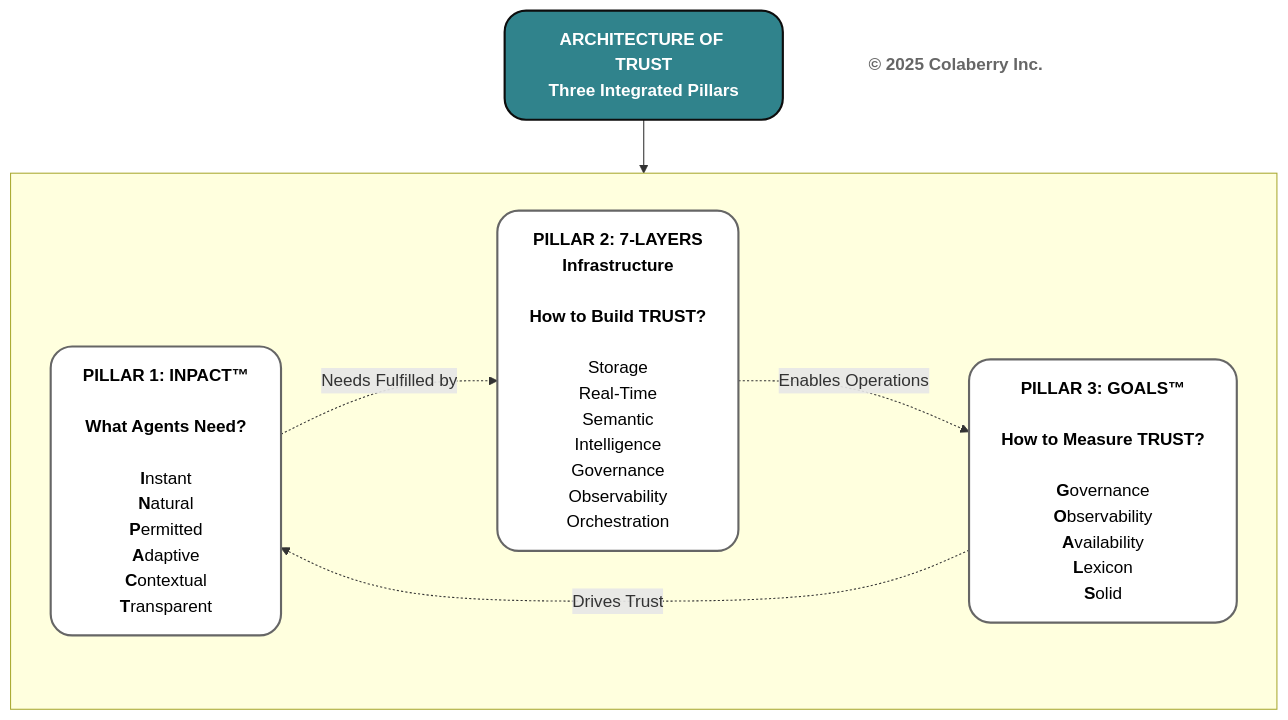
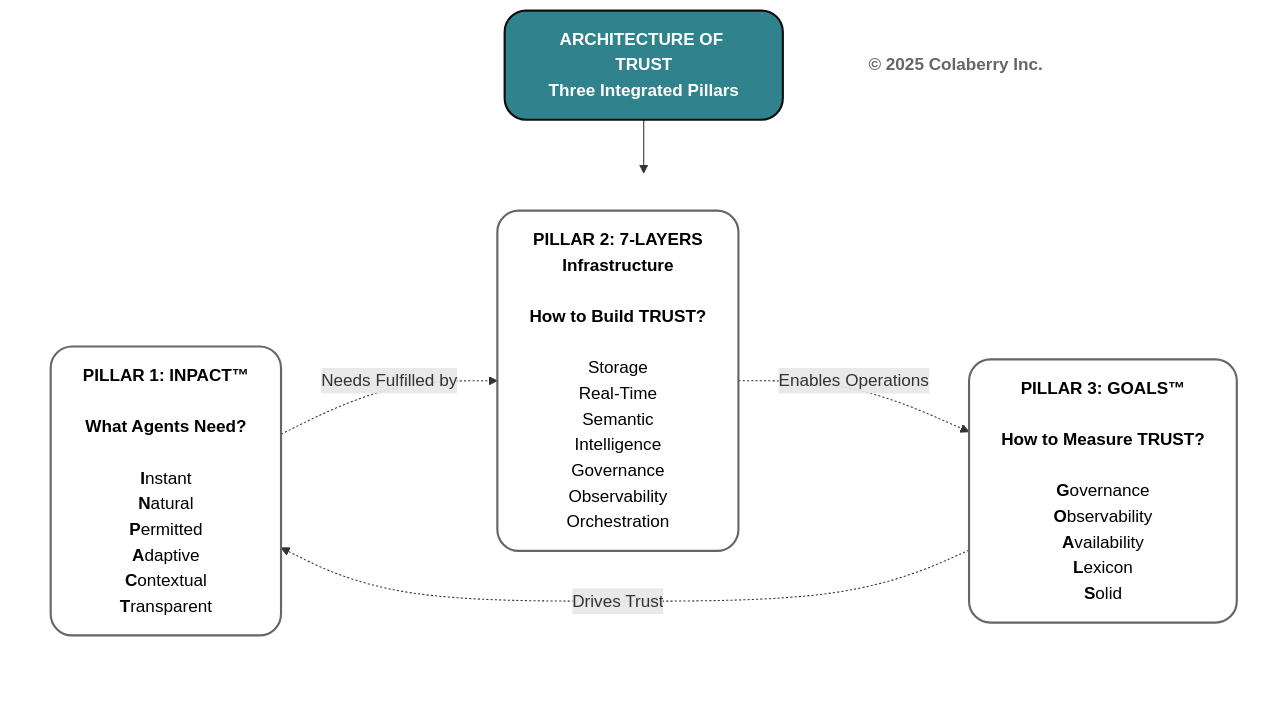
One commit to saitejesh-cyber/trust-before-intelligence-book changed the fourth of 4 diagrams in manuscript/01_chapter_0_trust_before_intelligence.md. Above: the diagram before and after it, drawn with Mermaid.

Commit message:
Chapter1: Feedback changes

````diff
--- a/manuscript/01_chapter_0_trust_before_intelligence.md
+++ b/manuscript/01_chapter_0_trust_before_intelligence.md
@@ -331,30 +331,30 @@
 ```mermaid
 
 graph TB
     Title["<b>ARCHITECTURE OF TRUST</b><br/><b>Three Integrated Pillars</b>"]
     
     subgraph PILLARS[" "]
         direction LR
         INPACT["<b>PILLAR 1: INPACT™</b><br/><br/><b>What Agents Need?</b><br/><br/><b>I</b>nstant<br/><b>N</b>atural<br/><b>P</b>ermitted<br/><b>A</b>daptive<br/><b>C</b>ontextual<br/><b>T</b>ransparent"]
         
         Layers["<b>PILLAR 2: 7-LAYERS</b><br/><b>Infrastructure</b><br/><br/><b>How to Build TRUST?</b><br/><br/>Storage<br/>Real-Time<br/>Semantic<br/>Intelligence<br/>Governance<br/>Observability<br/>Orchestration"]
         
         GOALS["<b>PILLAR 3: GOALS™</b><br/><br/><b>How to Measure TRUST?</b><br/><br/><b>G</b>overnance<br/><b>O</b>bservability<br/><b>A</b>vailability<br/><b>L</b>exicon<br/><b>S</b>olid"]
     end
     
     Copyright["<b>© 2025 Colaberry Inc.</b>"]
     
     Title --> PILLARS
     
     INPACT -.->|"Needs Fulfilled by"| Layers
     Layers -.->|"Enables Operations"| GOALS
     GOALS -.->|"Drives Trust"| INPACT
     
     style Title fill:#30838C,color:#ffffff,stroke:#0D0D0D,stroke-width:2px,rx:20,ry:20
-    %% PILLARS — NEUTRAL (Definition / Framework Introduction)    style PILLARS fill:none,stroke:none
+    style PILLARS fill:none,stroke:none
     style INPACT fill:#ffffff,stroke:#666666,stroke-width:2px,color:#000000,rx:20,ry:20
     style Layers fill:#ffffff,stroke:#666666,stroke-width:2px,color:#000000,rx:20,ry:20
     style GOALS fill:#ffffff,stroke:#666666,stroke-width:2px,color:#000000,rx:20,ry:20
     style Copyright fill:none,stroke:none,color:#666666
 
 ```
````
